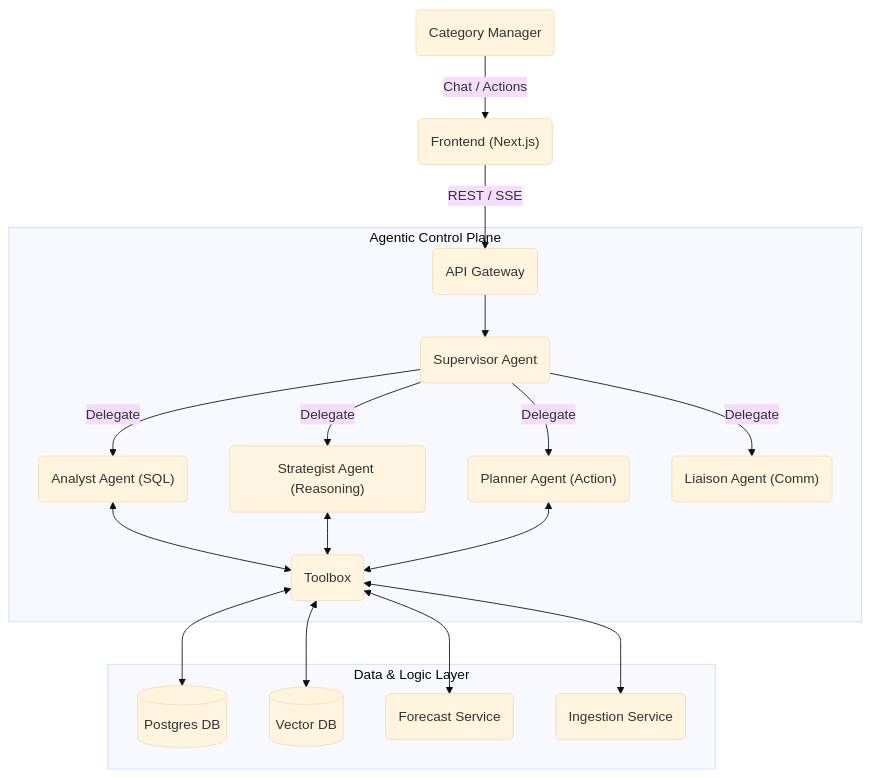
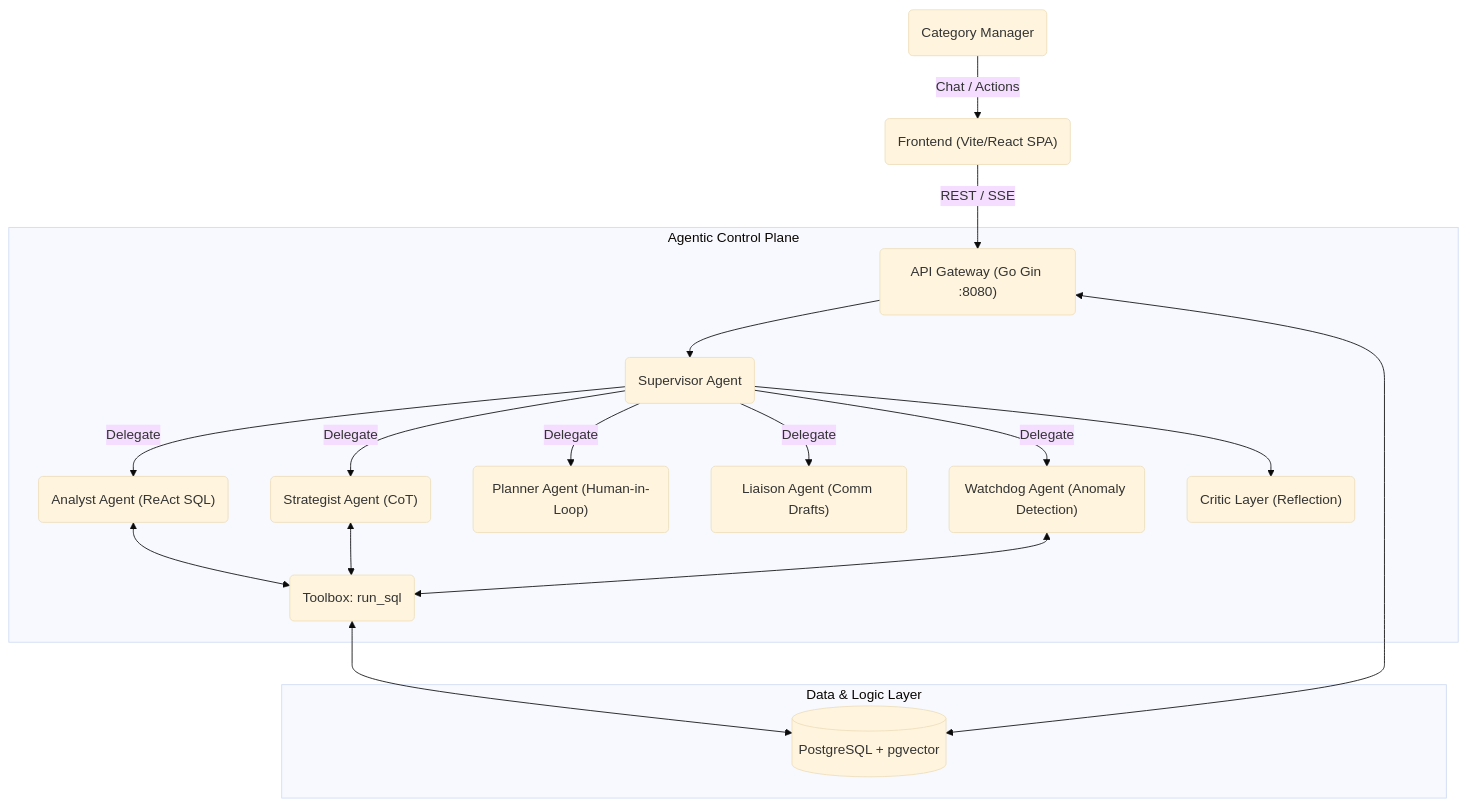
The first of 9 diagrams in docs/design_agent.md (debmalyaroy/ai-cm), drawn with Mermaid (base theme) before and after one commit. The commit also changed other lines of this file and 3 other files, not shown here.

````diff
--- a/docs/design_agent.md
+++ b/docs/design_agent.md
@@ -39,25 +39,25 @@
 ```mermaid
 graph TD
-    User("Category Manager") -->|"Chat / Actions"| FE("Frontend (Next.js)")
-    FE -->|"REST / SSE"| Gateway("API Gateway")
-    
+    User("Category Manager") -->|"Chat / Actions"| FE("Frontend (Vite/React SPA)")
+    FE -->|"REST / SSE"| Gateway("API Gateway (Go Gin :8080)")
+
     subgraph "Agentic Control Plane"
         Gateway --> Supervisor("Supervisor Agent")
-        
-        Supervisor -->|"Delegate"| Analyst("Analyst Agent (SQL)")
-        Supervisor -->|"Delegate"| Strategist("Strategist Agent (Reasoning)")
-        Supervisor -->|"Delegate"| Planner("Planner Agent (Action)")
-        Supervisor -->|"Delegate"| Liaison("Liaison Agent (Comm)")
-        
-        Analyst <--> Tools("Toolbox")
+
+        Supervisor -->|"Delegate"| Analyst("Analyst Agent (ReAct SQL)")
+        Supervisor -->|"Delegate"| Strategist("Strategist Agent (CoT)")
+        Supervisor -->|"Delegate"| Planner("Planner Agent (Human-in-Loop)")
+        Supervisor -->|"Delegate"| Liaison("Liaison Agent (Comm Drafts)")
+        Supervisor -->|"Delegate"| Watchdog("Watchdog Agent (Anomaly Detection)")
+        Supervisor --> Critic("Critic Layer (Reflection)")
+
+        Analyst <--> Tools("Toolbox: run_sql")
         Strategist <--> Tools
-        Planner <--> Tools
+        Watchdog <--> Tools
     end
-    
+
     subgraph "Data & Logic Layer"
-        Tools <--> DB[("Postgres DB")]
-        Tools <--> Vector[("Vector DB")]
-        Tools <--> Forecast("Forecast Service")
-        Tools <--> Ingest("Ingestion Service")
+        Tools <--> DB[("PostgreSQL + pgvector")]
+        Gateway <--> DB
     end
 ```
````
